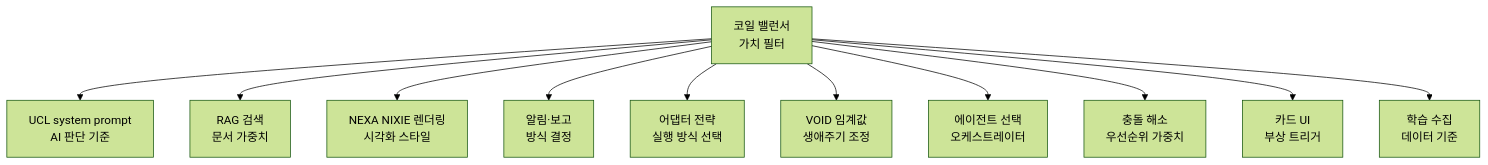
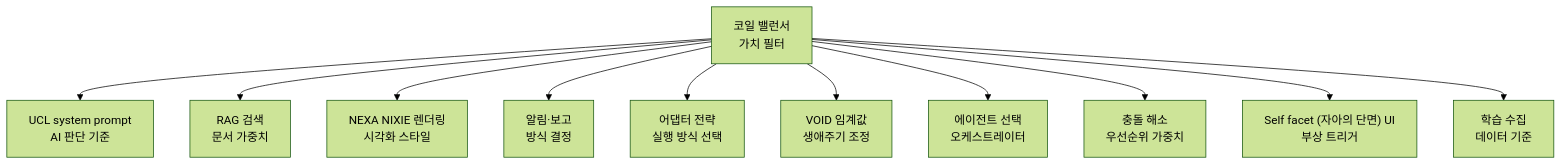
The diagram in NEXA-Platform/docs/AI/[문서 3] 코일 밸런스 및 운영 규범(GOVERN) 정의서 V2.md (U2SOUTION/NEXA), drawn with Mermaid (forest theme) before and after one commit. The commit also changed other lines of this file and 12 other files, not shown here.

Commit message:
문서 업데이트: NEXA-Platform의 여러 문서에서 'Self facet (자아의 단면)' 용어를 통일하고, 기존 내용을 보강하여 시스템 설계의 명확성을 강화함. 넥슈(NEXU Canvas)와 닉시(NEXA NIXIE) 간의 관계를 명확히 하여 데이터 관리 및 운영 효율성을 높임.

````diff
--- a/NEXA-Platform/docs/AI/[문서 3] 코일 밸런스 및 운영 규범(GOVERN) 정의서 V2.md
+++ b/NEXA-Platform/docs/AI/[문서 3] 코일 밸런스 및 운영 규범(GOVERN) 정의서 V2.md
@@ -278,15 +282,15 @@
 ```mermaid
 flowchart TD
     coil["코일 밸런서\n가치 필터"]
 
     coil --> a["UCL system prompt\nAI 판단 기준"]
     coil --> b["RAG 검색\n문서 가중치"]
     coil --> c["NEXA NIXIE 렌더링\n시각화 스타일"]
     coil --> d["알림·보고\n방식 결정"]
     coil --> e["어댑터 전략\n실행 방식 선택"]
     coil --> f["VOID 임계값\n생애주기 조정"]
     coil --> g["에이전트 선택\n오케스트레이터"]
     coil --> h["충돌 해소\n우선순위 가중치"]
-    coil --> i["카드 UI\n부상 트리거"]
+    coil --> i["Self facet (자아의 단면) UI\n부상 트리거"]
     coil --> j["학습 수집\n데이터 기준"]
 ```
````
